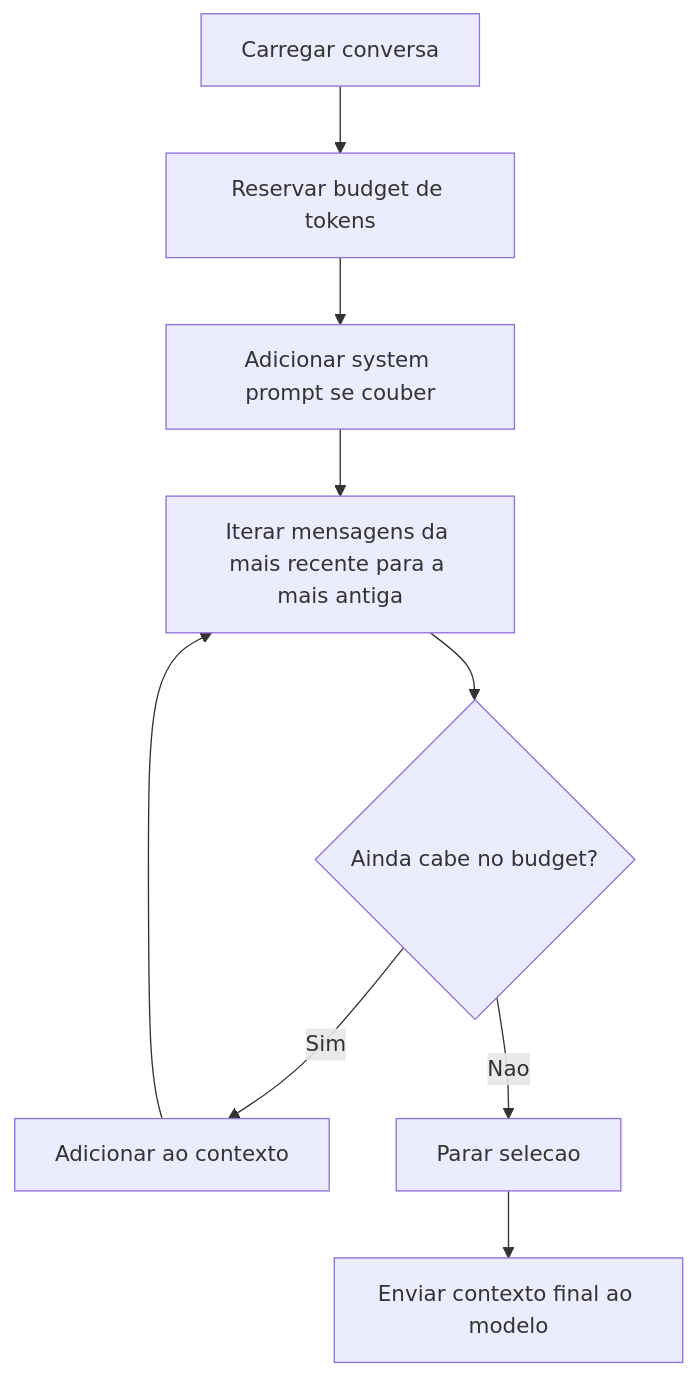
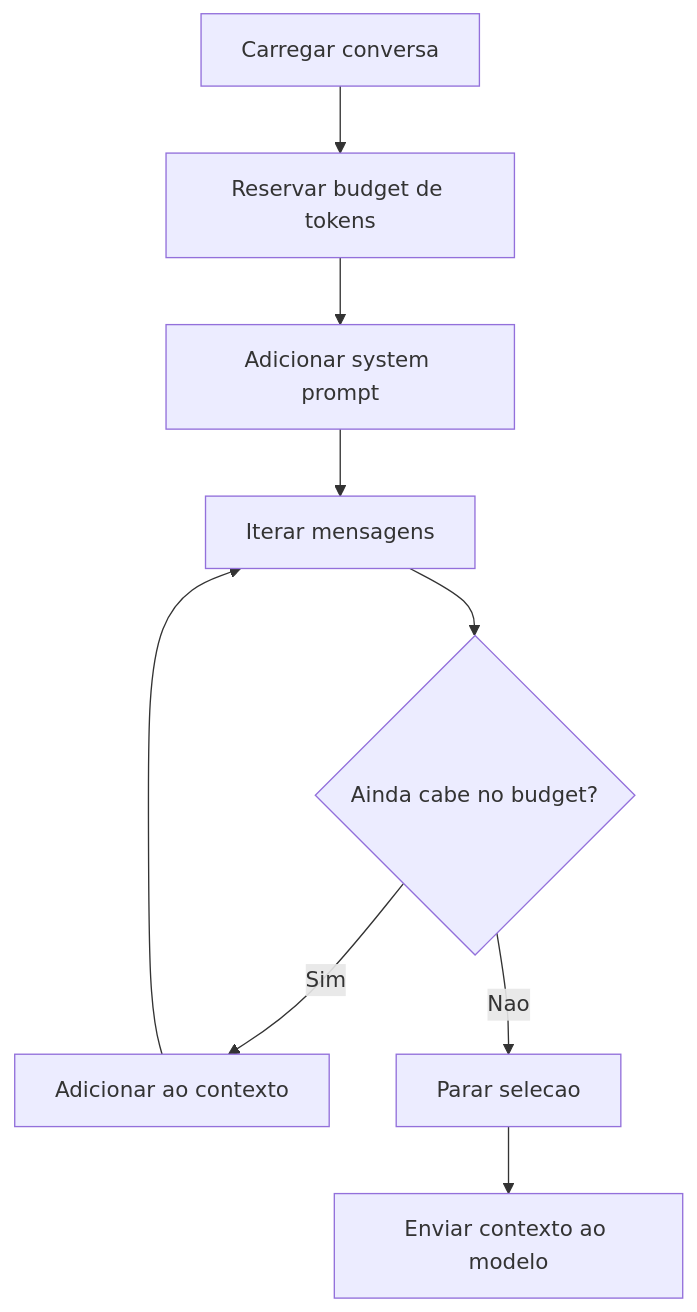
Before and after one commit to ViniciusCN9/claudinhos-chat: the second of 4 diagrams in README.md, drawn with Mermaid.

Commit message:
docs: fix chart

````diff
--- a/README.md
+++ b/README.md
@@ -115,11 +115,11 @@
 ```mermaid
 flowchart TD
 	A[Carregar conversa] --> B[Reservar budget de tokens]
-	B --> C[Adicionar system prompt se couber]
-	C --> D[Iterar mensagens da mais recente para a mais antiga]
+	B --> C[Adicionar system prompt]
+	C --> D[Iterar mensagens]
 	D --> E{Ainda cabe no budget?}
 	E -- Sim --> F[Adicionar ao contexto]
 	E -- Nao --> G[Parar selecao]
 	F --> D
-	G --> H[Enviar contexto final ao modelo]
+	G --> H[Enviar contexto ao modelo]
 ```
````
